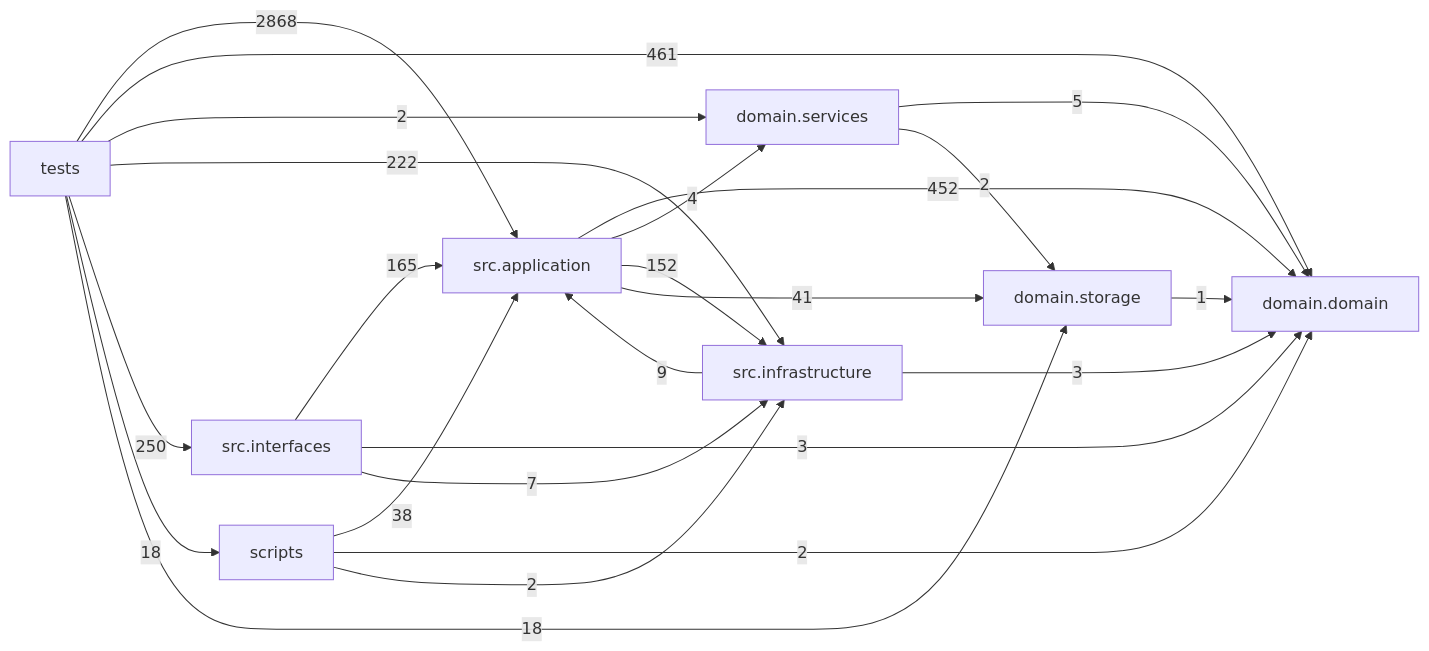
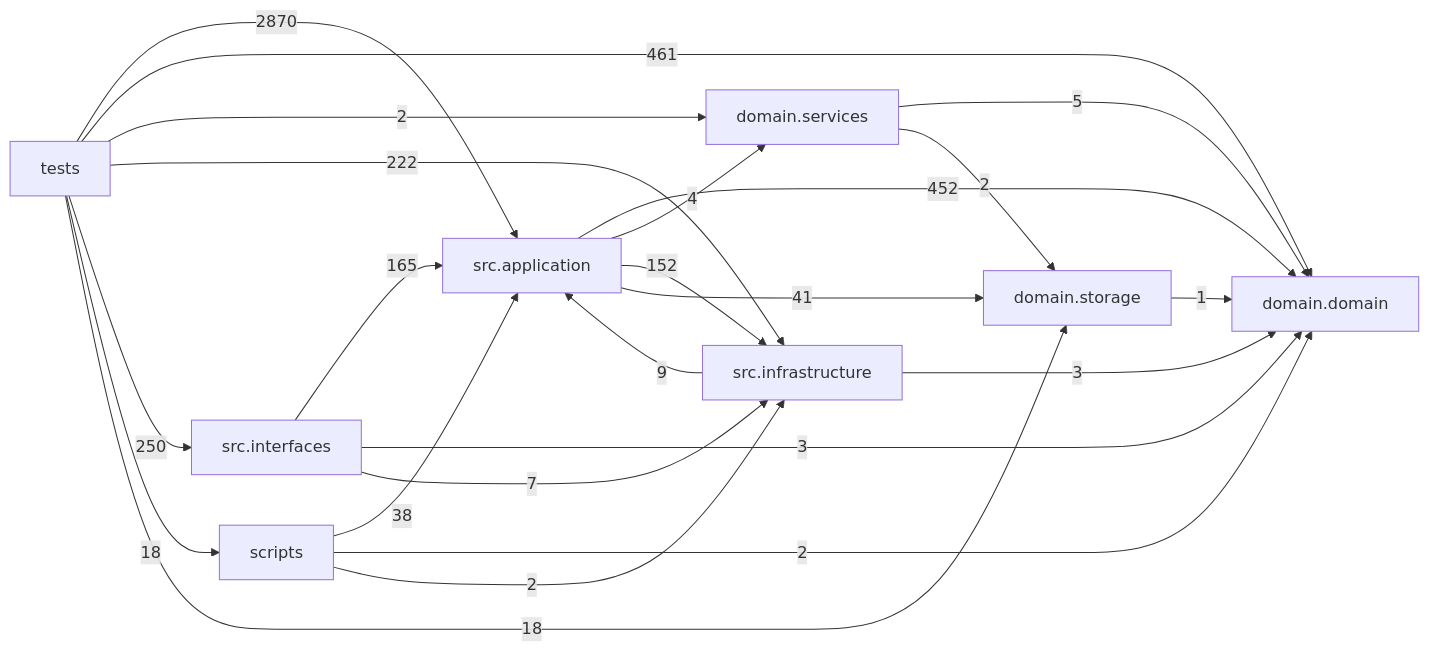
Before and after one commit to liuxie066/options-monitor: the diagram in docs/DEPENDENCY_GRAPH.md, drawn with Mermaid. The commit also changed other lines of this file and 49 other files, not shown here.

````diff
--- a/docs/DEPENDENCY_GRAPH.md
+++ b/docs/DEPENDENCY_GRAPH.md
@@ -24,33 +24,33 @@
 ```mermaid
 flowchart LR
   tests["tests"]
   scripts["scripts"]
   interfaces["src.interfaces"]
   application["src.application"]
   infrastructure["src.infrastructure"]
   domain_services["domain.services"]
   domain["domain.domain"]
   storage["domain.storage"]
   application -->|452| domain
   application -->|4| domain_services
   application -->|152| infrastructure
   application -->|41| storage
   domain_services -->|5| domain
   domain_services -->|2| storage
   infrastructure -->|9| application
   infrastructure -->|3| domain
   interfaces -->|165| application
   interfaces -->|3| domain
   interfaces -->|7| infrastructure
   scripts -->|38| application
   scripts -->|2| domain
   scripts -->|2| infrastructure
   storage -->|1| domain
-  tests -->|2868| application
+  tests -->|2870| application
   tests -->|461| domain
   tests -->|2| domain_services
   tests -->|222| infrastructure
   tests -->|250| interfaces
   tests -->|18| scripts
   tests -->|18| storage
 ```
````
